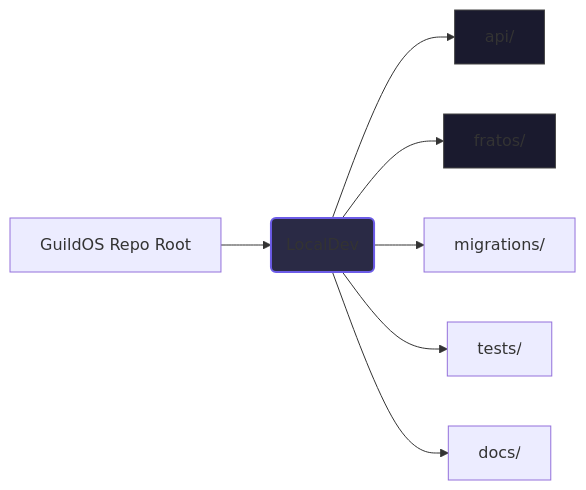
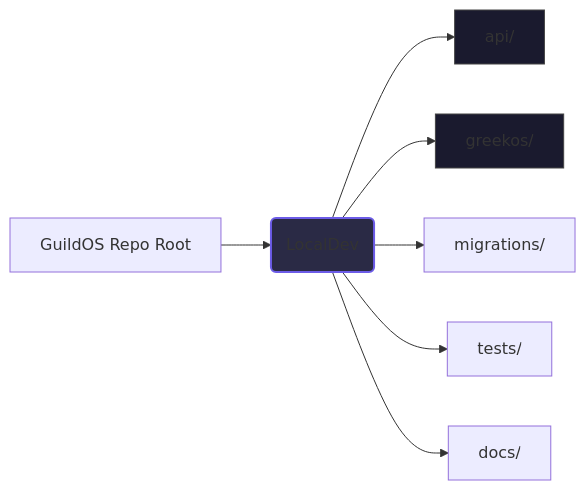
The diagram in LocalDev/docs/README.md (zornix/GuildOS), drawn with Mermaid before and after one commit. The commit also changed other lines of this file and 33 other files, not shown here.

````diff
--- a/LocalDev/docs/README.md
+++ b/LocalDev/docs/README.md
@@ -37,13 +37,13 @@
 ```mermaid
 graph LR
     A[GuildOS Repo Root] --> B(LocalDev)
     B --> C[api/]
-    B --> D[fratos/]
+    B --> D[greekos/]
     B --> E[migrations/]
     B --> F[tests/]
     B --> G[docs/]
     
     style B fill:#2a2a45,stroke:#6c5ce7,stroke-width:2px
     style C fill:#1a1a2e,stroke:#444
     style D fill:#1a1a2e,stroke:#444
 ```
````
